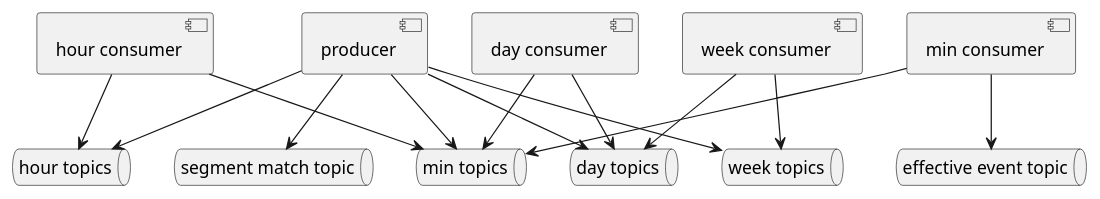
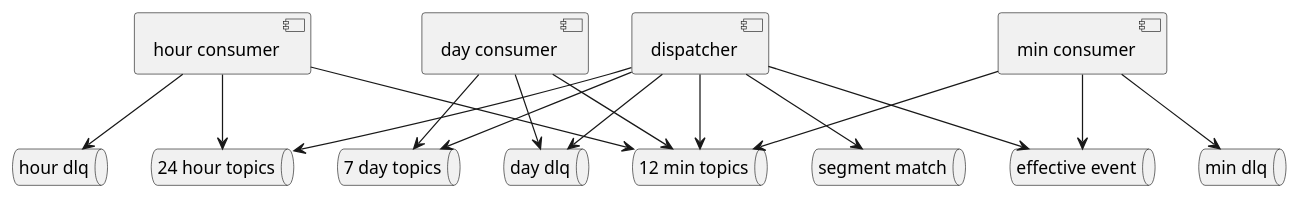
The first of 9 diagrams in mgmt/plan.plantuml (george24601/notes), drawn with PlantUML before and after one commit. The commit also changed 10 other files, not shown here.

```diff
--- a/mgmt/plan.plantuml
+++ b/mgmt/plan.plantuml
@@ -1,28 +1,32 @@
 @startuml
-queue "min topics" as mt
-queue "hour topics" as ht
-queue "day topics" as dt
-queue "week topics" as wt
+queue "12 min topics" as mt
+queue "24 hour topics" as ht
+queue "7 day topics" as dt
 
-queue "segment match topic" as uet
-queue "effective event topic" as eet
-[producer] as p
+queue "segment match" as uet
+queue "effective event" as eet
+queue "dispatcher dlq" as dd 
+queue "min dlq" as  md 
+queue "hour dlq" as hd 
+queue "day dlq"as  dd 
+[dispatcher] as p
 [min consumer] as mc
 [hour consumer] as hc
 [day consumer] as dc
-[week consumer] as wc
 p --> mt
 p --> ht
 p --> dt
-p --> wt
 p --> uet
+p --> eet
 mc --> mt
 mc --> eet
 hc --> ht
 hc --> mt
 dc --> dt
 dc --> mt 
-wc --> wt
-wc --> dt
+p --> dd
+mc --> md
+hc --> hd
+dc --> dd
 
 @enduml
```
